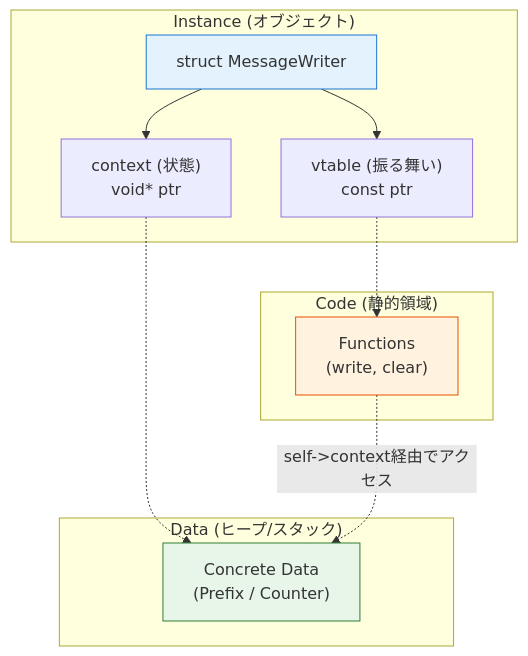
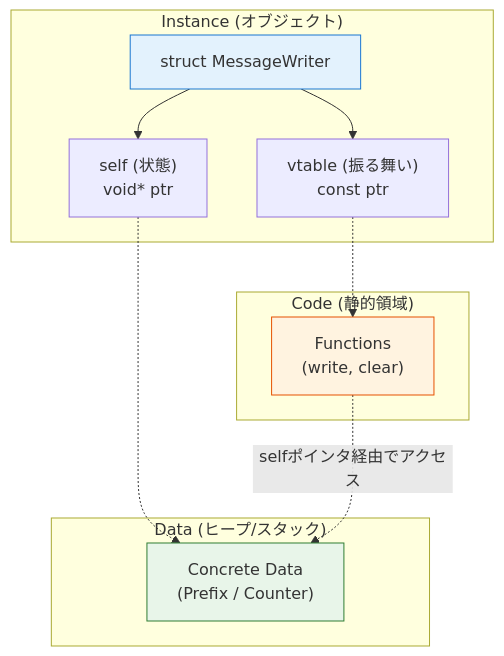
The sixth of 6 diagrams in 02_章別/04_第1部 第2章 関数ポインタと間接呼び出し - 動的結合の実現_01.md (kumachan1101/BookProject), drawn with Mermaid before and after one commit. The commit also changed other lines of this file and 73 other files, not shown here.

````diff
--- a/02_章別/04_第1部 第2章 関数ポインタと間接呼び出し - 動的結合の実現_01.md
+++ b/02_章別/04_第1部 第2章 関数ポインタと間接呼び出し - 動的結合の実現_01.md
@@ -501,26 +498,26 @@
 ```mermaid
 graph TB
       subgraph Inst ["Instance (オブジェクト)"]
           Obj["struct MessageWriter"]
           VP["vtable (振る舞い)<br/>const ptr"]
-          CP["context (状態)<br/>void* ptr"]
+          CP["self (状態)<br/>void* ptr"]
           Obj --> VP
           Obj --> CP
       end
 
       subgraph CodeSec ["Code (静的領域)"]
           Funcs["Functions<br/>(write, clear)"]
           VP -.-> Funcs
       end
 
       subgraph DataSec ["Data (ヒープ/スタック)"]
           State["Concrete Data<br/>(Prefix / Counter)"]
           CP -.-> State
       end
 
-      Funcs -.->|"self->context経由でアクセス"| State
+      Funcs -.->|"selfポインタ経由でアクセス"| State
 
       style Obj fill:#e3f2fd,stroke:#1976d2
       style Funcs fill:#fff3e0,stroke:#e65100
       style State fill:#e8f5e9,stroke:#2e7d32
 ```
````
